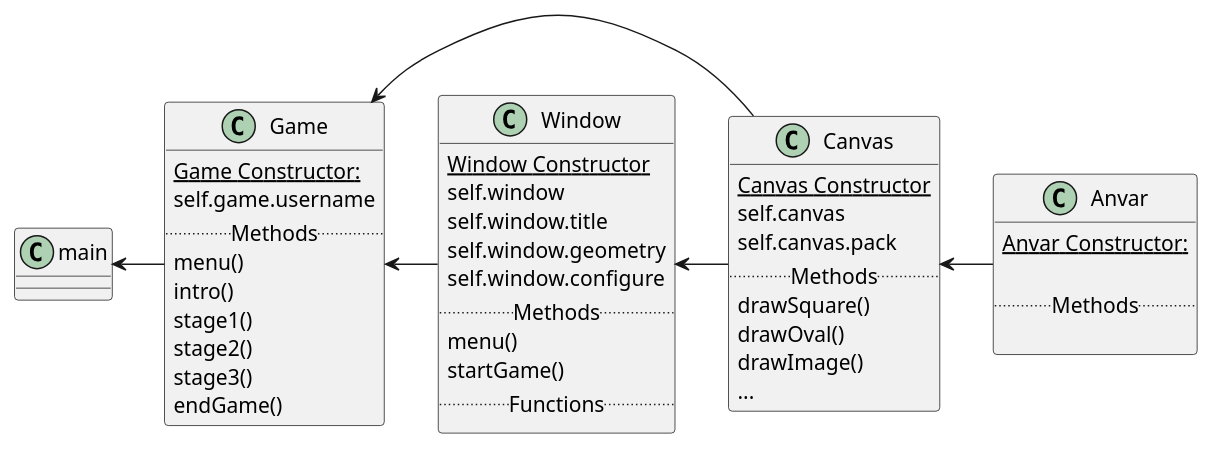
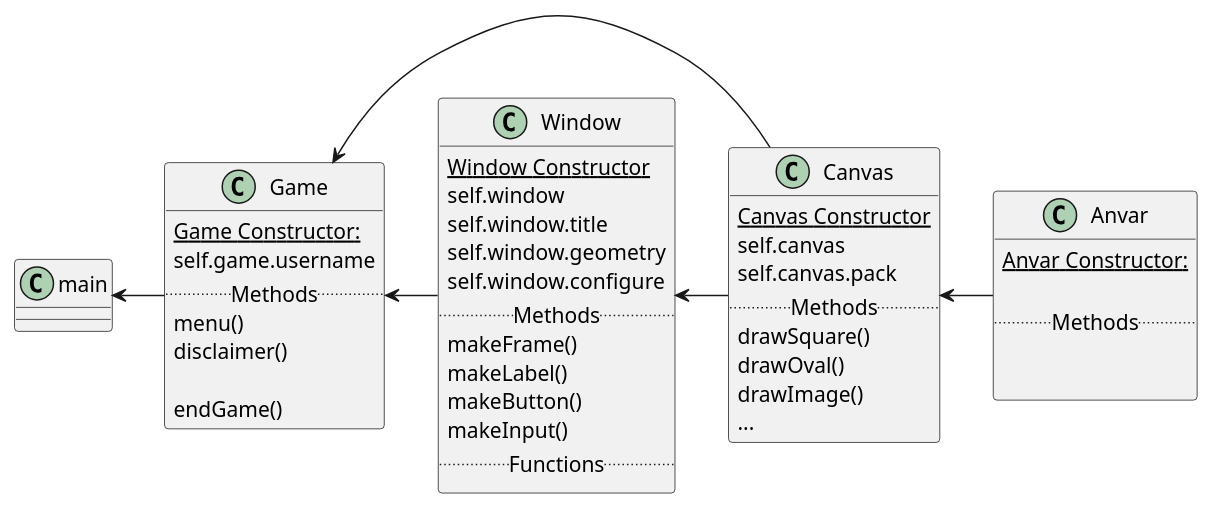
One commit to kbph05/BOATS changed the diagram in map.puml. Above: the diagram before and after it, drawn with PlantUML. The commit also changed 6 other files, not shown here.

```diff
--- a/map.puml
+++ b/map.puml
@@ -1,56 +1,57 @@
 @startuml map
 
 class Window {
     {static} Window Constructor
         self.window
         self.window.title
         self.window.geometry
         self.window.configure
 .. Methods ..
-    menu()
-    startGame()
+    makeFrame()
+    makeLabel()
+    makeButton()
+    makeInput()
 ..Functions..
 }
 
 class Canvas {
     {static} Canvas Constructor
         self.canvas
         self.canvas.pack
 .. Methods ..
     drawSquare()
     drawOval()
     drawImage()
     ...
 }
 
 class Game {
     {static} Game Constructor:
         self.game.username
     ..Methods..
     menu()
-    intro()
-    stage1()
-    stage2()
-    stage3()
+    disclaimer()
+
     endGame()
 }
 
 class Anvar {
     {static} Anvar Constructor:
 
 ..Methods..
+
 
 }
 
 class main {
 
 }
 
 
 
 Window <- Canvas 
 Game <- Window
 main <- Game
 Canvas <- Anvar
 Game <- Canvas
 @enduml
```
